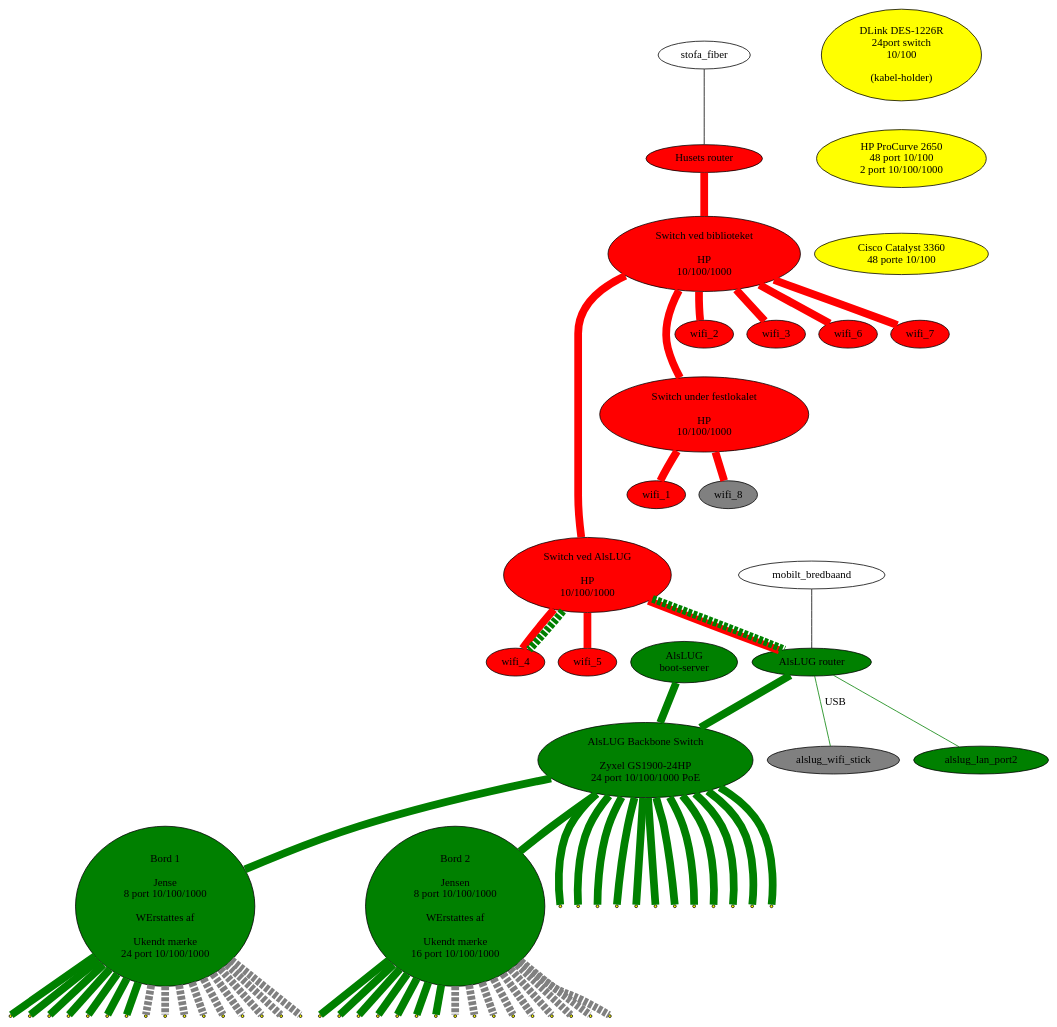
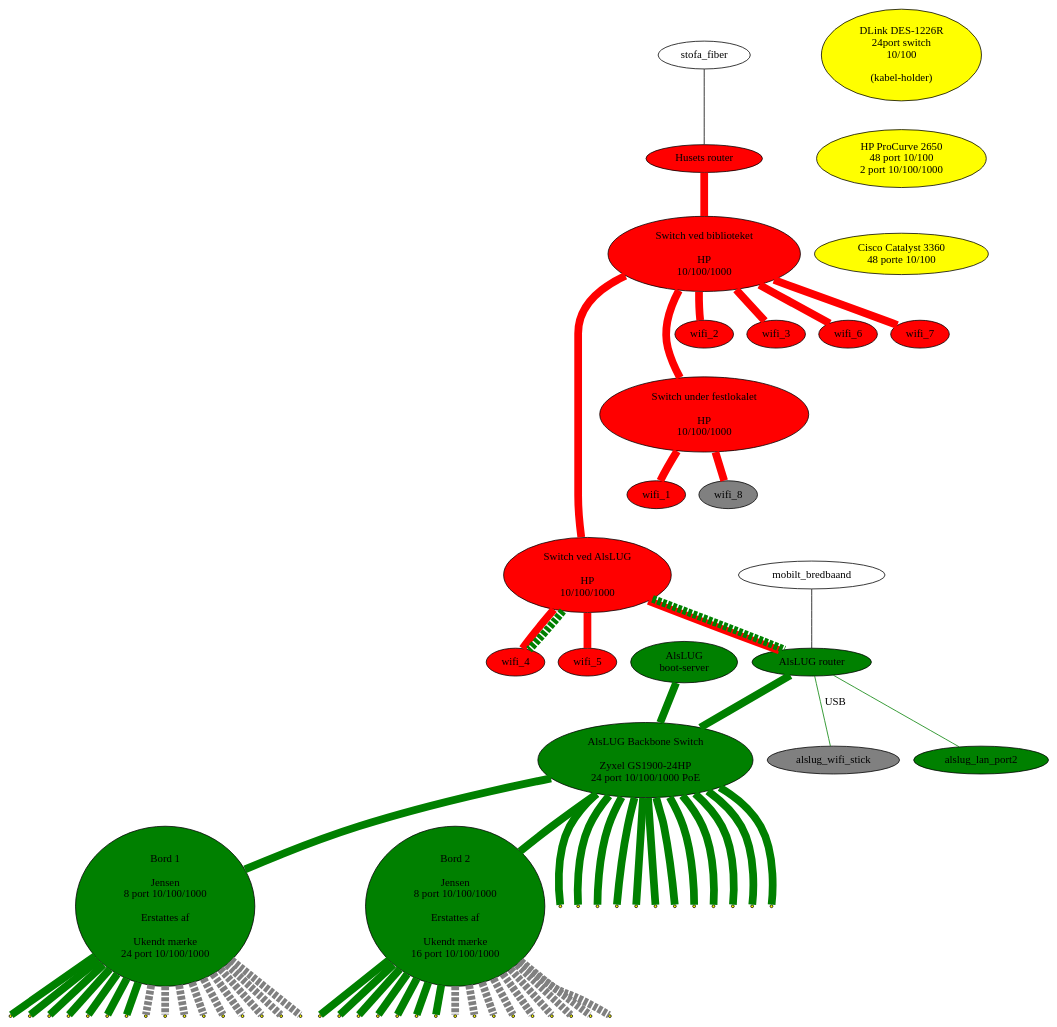
One commit to alslug/alslug.dk changed the diagram in projekter/network.dot. Above: the diagram before and after it, drawn with Graphviz.

```diff
--- a/projekter/network.dot
+++ b/projekter/network.dot
@@ -1,80 +1,80 @@
 digraph xxx {
 #  link_12a [ shape=point ];
 #  link_12b [ shape=point ];
 #  link_12c [ shape=point ];
   edge [ dir=none penwidth=10 ];
 
   node [ style=filled fillcolor=red ];
   husets_router [ label="Husets router" ];
   husets_switch_1 [ label="Switch ved biblioteket\n\nHP\n10/100/1000" ];
   husets_switch_2 [ label="Switch ved AlsLUG\n\nHP\n10/100/1000" ];
   festlokale_switch [ label="Switch under festlokalet\n\nHP\n10/100/1000" ];
   wifi_1 wifi_2 wifi_3 wifi_4 wifi_5 wifi_6 wifi_7;
   wifi_8 [ fillcolor=gray ];
   
   node [ style=filled fillcolor=green ];
   alslug_router [ label="AlsLUG router" ];
   alslug_gl_bootserver [ label="AlsLUG\nboot-server" ];
   alslug_backbone_switch [ label="AlsLUG Backbone Switch\n\nZyxel GS1900-24HP\n24 port 10/100/1000 PoE"];
-  bord_1 [ label="Bord 1\n\nJense\n8 port 10/100/1000\n\n WErstattes af\n\nUkendt mærke\n24 port 10/100/1000"];
-  bord_2 [ label="Bord 2\n\nJensen\n8 port 10/100/1000\n\n WErstattes af\n\nUkendt mærke\n16 port 10/100/1000"];
+  bord_1 [ label="Bord 1\n\nJensen\n8 port 10/100/1000\n\n Erstattes af\n\nUkendt mærke\n24 port 10/100/1000"];
+  bord_2 [ label="Bord 2\n\nJensen\n8 port 10/100/1000\n\n Erstattes af\n\nUkendt mærke\n16 port 10/100/1000"];
   alslug_wifi_stick alslug_lan_port2;
   
   // Udstyr som pt ikke bruges
   node [ style=filled fillcolor=yellow ];
   switch_24p      [ label="DLink DES-1226R\n24port switch\n10/100\n\n(kabel-holder)"];
   switch_48p      [ label="HP ProCurve 2650\n48 port 10/100\n2 port 10/100/1000"];
   switch_48p_poe  [ label="Cisco Catalyst 3360\n48 porte 10/100"];
   
   switch_24p -> switch_48p -> switch_48p_poe [ color=invis ];
   
   
   node [ style=normal ];
   // Internet forbindelser
   stofa_fiber      -> husets_router [ penwidth=1 fillcolor=black style=filled ];
   mobilt_bredbaand -> alslug_router [ penwidth=1 fillcolor=black style=filled ];
   
   // Husets forbindelser
   edge  [ color=red style=solid ];
   husets_router -> husets_switch_1 -> { wifi_2 wifi_3 wifi_6 wifi_7 };
   husets_switch_1 -> husets_switch_2 -> { wifi_4 wifi_5 alslug_router};
   husets_switch_1 -> festlokale_switch -> { wifi_1 wifi_8 };
 
   // VLAN forbindelser over bakkensbros netværk
   edge  [ color=green style=dashed ];
   husets_switch_2 -> { alslug_router wifi_4 };
 
   alslug_wifi_stick [ fillcolor=gray style=filled ];
 
   // Interne forbindelser
   edge [ color=green style=solid ];
   node [ shape=point ];
   {alslug_router alslug_gl_bootserver} -> alslug_backbone_switch -> { bord_1 bord_2 
                   vindue_left_12  vindue_left_11  vindue_left_10  vindue_left_9
                   vindue_center_8 vindue_center_7 vindue_center_6 vindue_center_5
                   vindue_right_4  vindue_right_3  vindue_right_2  vindue_right_1
                   }
 
   alslug_router -> alslug_wifi_stick [ penwidth=1 label="USB" ];
   alslug_router -> alslug_lan_port2 [ penwidth=1 ];
   
   bord_1 -> {
                   bord_1_1 bord_1_2 bord_1_3 bord_1_4
                   bord_1_5 bord_1_6 bord_1_7
                 };
   bord_1 -> {
                   bord_1_8 bord_1_9 bord_1_10 bord_1_11
                   bord_1_12 bord_1_13 bord_1_14 bord_1_15 bord_1_16
                 } [ style=dashed color=gray ];
   bord_2 -> {
                   bord_2_1 bord_2_2 bord_2_3 bord_2_4
                   bord_2_5 bord_2_6 bord_2_7
                 };
   bord_2 -> {
                   bord_2_8 bord_2_9 bord_2_10 bord_2_11
                   bord_2_12 bord_2_13 bord_2_14 bord_2_15 bord_2_16
                 } [ style=dashed color=gray ];
                 
   edge [ color=invis ];
   husets_switch_1 -> wifi_2 -> festlokale_switch -> wifi_1 -> husets_switch_2;
 }
```
